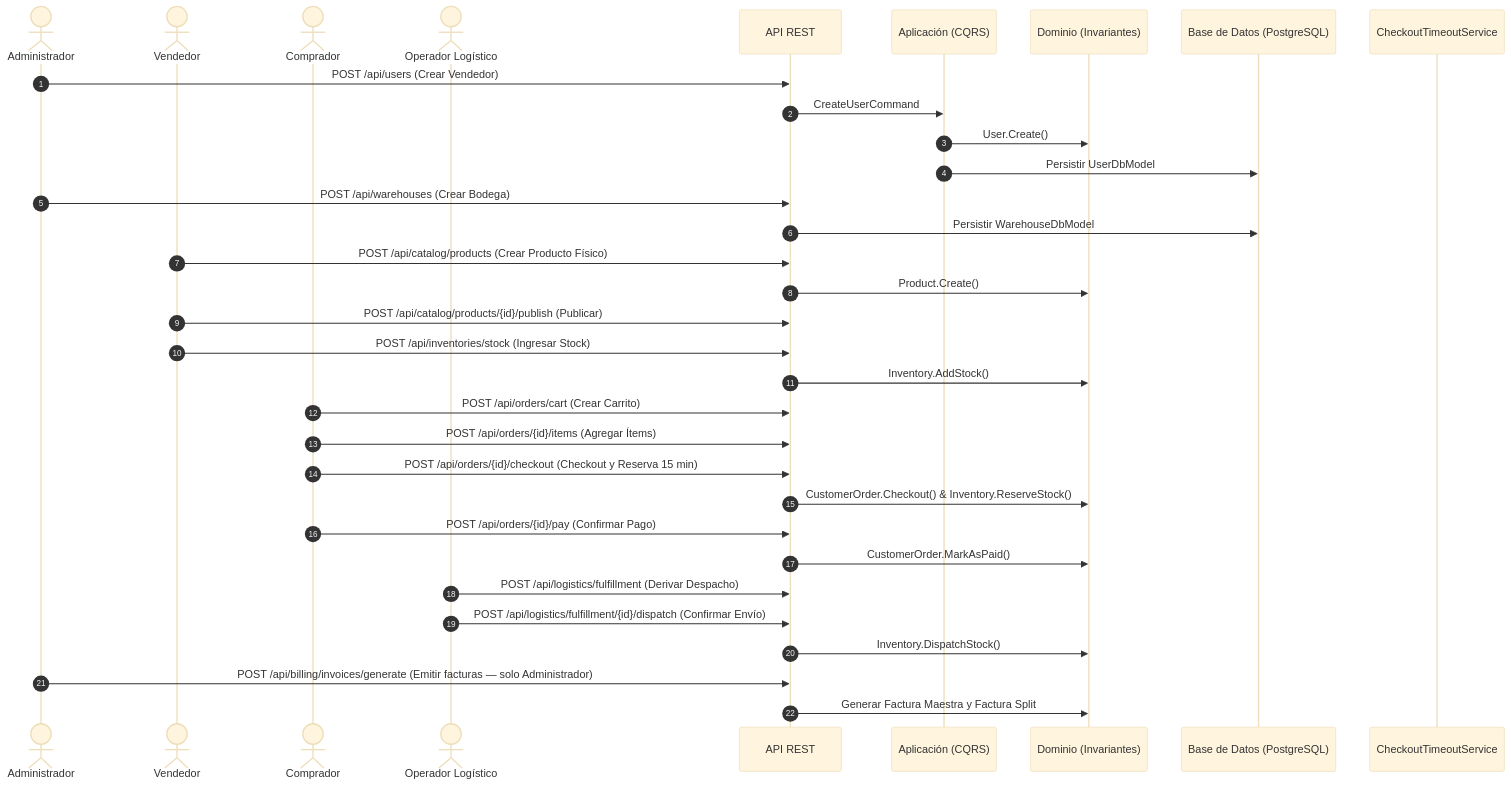
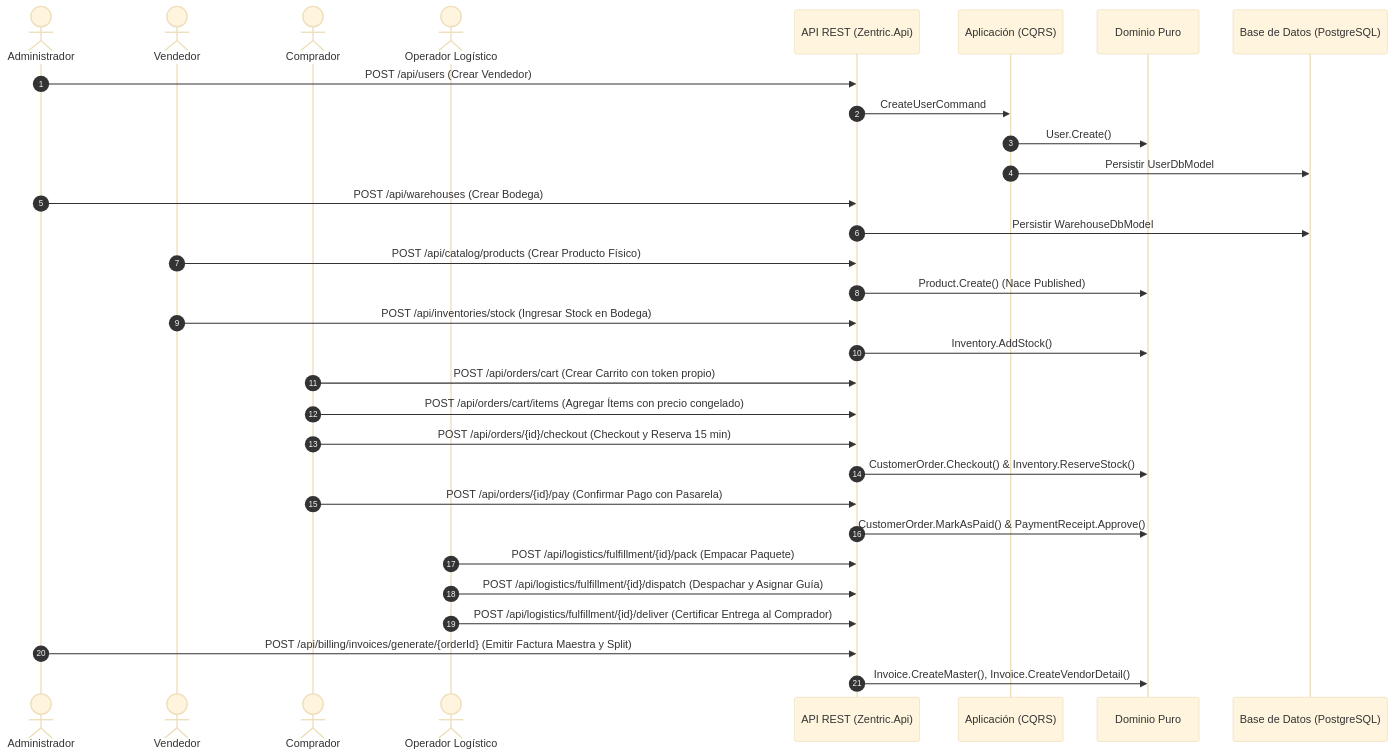
The third of 3 diagrams in README.md (D-MachadoDev/Zentric), drawn with Mermaid (base theme) before and after one commit. The commit also changed other lines of this file and 1 other file, not shown here.

Commit message:
docs(sdd): elevar README.md y SDD.md maestro a estandar 10/10 puro SDD

````diff
--- a/README.md
+++ b/README.md
@@ -254,42 +262,40 @@
 ```mermaid
 sequenceDiagram
     autonumber
     actor Admin as Administrador
     actor Seller as Vendedor
     actor Buyer as Comprador
     actor Logistics as Operador Logístico
-    participant API as API REST
+    participant API as API REST (Zentric.Api)
     participant App as Aplicación (CQRS)
-    participant Domain as Dominio (Invariantes)
+    participant Domain as Dominio Puro
     participant DB as Base de Datos (PostgreSQL)
-    participant Worker as CheckoutTimeoutService
 
     Admin->>API: POST /api/users (Crear Vendedor)
     API->>App: CreateUserCommand
     App->>Domain: User.Create()
     App->>DB: Persistir UserDbModel
 
     Admin->>API: POST /api/warehouses (Crear Bodega)
     API->>DB: Persistir WarehouseDbModel
 
     Seller->>API: POST /api/catalog/products (Crear Producto Físico)
-    API->>Domain: Product.Create()
-    Seller->>API: POST /api/catalog/products/{id}/publish (Publicar)
-    Seller->>API: POST /api/inventories/stock (Ingresar Stock)
+    API->>Domain: Product.Create() (Nace Published)
+    Seller->>API: POST /api/inventories/stock (Ingresar Stock en Bodega)
     API->>Domain: Inventory.AddStock()
 
-    Buyer->>API: POST /api/orders/cart (Crear Carrito)
-    Buyer->>API: POST /api/orders/{id}/items (Agregar Ítems)
+    Buyer->>API: POST /api/orders/cart (Crear Carrito con token propio)
+    Buyer->>API: POST /api/orders/cart/items (Agregar Ítems con precio congelado)
     Buyer->>API: POST /api/orders/{id}/checkout (Checkout y Reserva 15 min)
     API->>Domain: CustomerOrder.Checkout() & Inventory.ReserveStock()
 
-    Buyer->>API: POST /api/orders/{id}/pay (Confirmar Pago)
-    API->>Domain: CustomerOrder.MarkAsPaid()
+    Buyer->>API: POST /api/orders/{id}/pay (Confirmar Pago con Pasarela)
+    API->>Domain: CustomerOrder.MarkAsPaid() & PaymentReceipt.Approve()
 
-    Logistics->>API: POST /api/logistics/fulfillment (Derivar Despacho)
-    Logistics->>API: POST /api/logistics/fulfillment/{id}/dispatch (Confirmar Envío)
-    API->>Domain: Inventory.DispatchStock()
+    Logistics->>API: POST /api/logistics/fulfillment/{id}/pack (Empacar Paquete)
+    Logistics->>API: POST /api/logistics/fulfillment/{id}/dispatch (Despachar y Asignar Guía)
+    Logistics->>API: POST /api/logistics/fulfillment/{id}/deliver (Certificar Entrega al Comprador)
 
-    Admin->>API: POST /api/billing/invoices/generate (Emitir facturas — solo Administrador)
-    API->>Domain: Generar Factura Maestra y Factura Split
+    Admin->>API: POST /api/billing/invoices/generate/{orderId} (Emitir Factura Maestra y Split)
+    API->>Domain: Invoice.CreateMaster(), Invoice.CreateVendorDetail()
 ```
````
